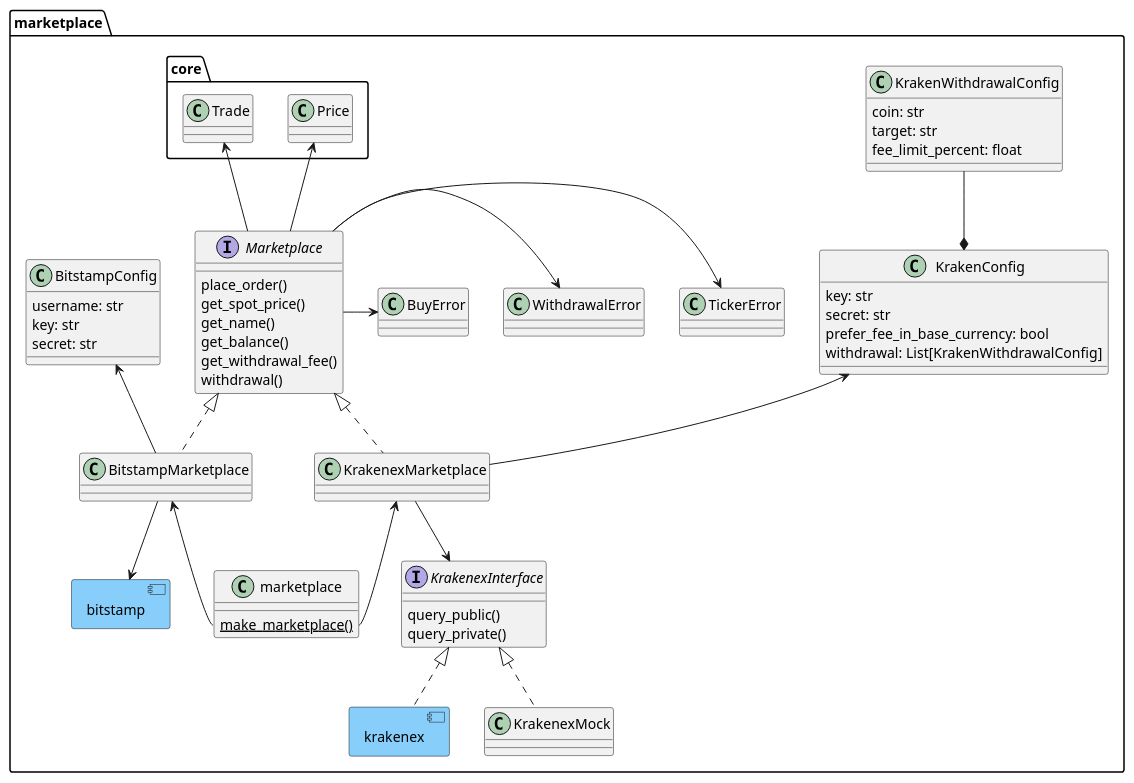
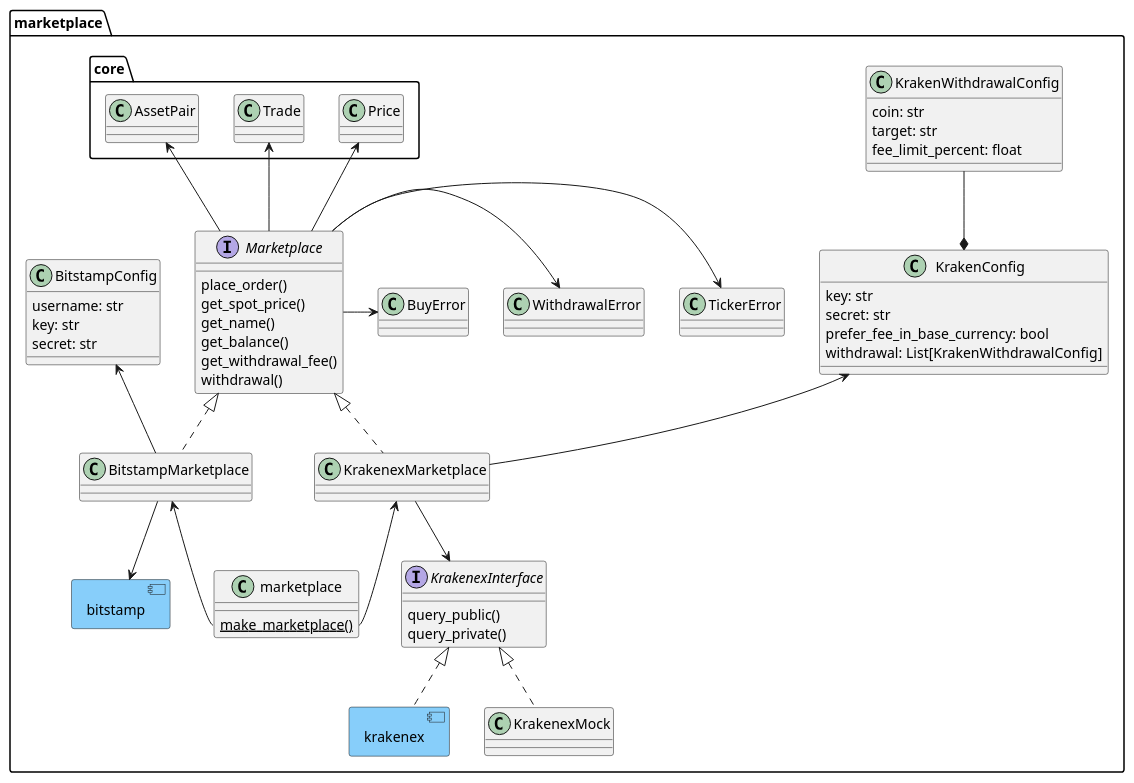
The diagram in docs/dev/graphs/marketplace.puml (martin-ueding/vigilant-crypto-snatch), drawn with PlantUML before and after one commit. The commit also changed 4 other files, not shown here.

Commit message:
Update diagrams

```diff
--- a/docs/dev/graphs/marketplace.puml
+++ b/docs/dev/graphs/marketplace.puml
@@ -1,79 +1,80 @@
 @startuml
 
 allowmixing
 
 namespace marketplace {
     component bitstamp #lightskyblue
     component krakenex #lightskyblue
 
 interface Marketplace {
     place_order()
     get_spot_price()
     get_name()
     get_balance()
     get_withdrawal_fee()
     withdrawal()
 }
 
 class BuyError
 class TickerError
 class WithdrawalError
 
 Marketplace -> BuyError
 Marketplace -> TickerError
 Marketplace -> WithdrawalError
 
 core.Price <-- Marketplace
 core.Trade <-- Marketplace
+core.AssetPair <-- Marketplace
 
 class KrakenexMarketplace implements Marketplace
 
 class BitstampMarketplace implements Marketplace
 BitstampMarketplace --> bitstamp
 
 class marketplace {
 {static} make_marketplace()
 }
 
 KrakenexMarketplace <-- marketplace::make_marketplace
 BitstampMarketplace <-- marketplace::make_marketplace
 
 class KrakenWithdrawalConfig {
     coin: str
     target: str
     fee_limit_percent: float
 }
 
 class KrakenConfig {
     key: str
     secret: str
     prefer_fee_in_base_currency: bool
     withdrawal: List[KrakenWithdrawalConfig]
 }
 
 KrakenWithdrawalConfig --* KrakenConfig
 
 KrakenConfig <-- KrakenexMarketplace
 
 class BitstampConfig {
     username: str
     key: str
     secret: str
 }
 
 BitstampConfig <-- BitstampMarketplace
 
 interface KrakenexInterface {
     query_public()
     query_private()
 }
 
 class KrakenexMock implements KrakenexInterface
 
 KrakenexMarketplace --> KrakenexInterface
 
 KrakenexInterface <|.. krakenex
 
 }
 
 @enduml
```
